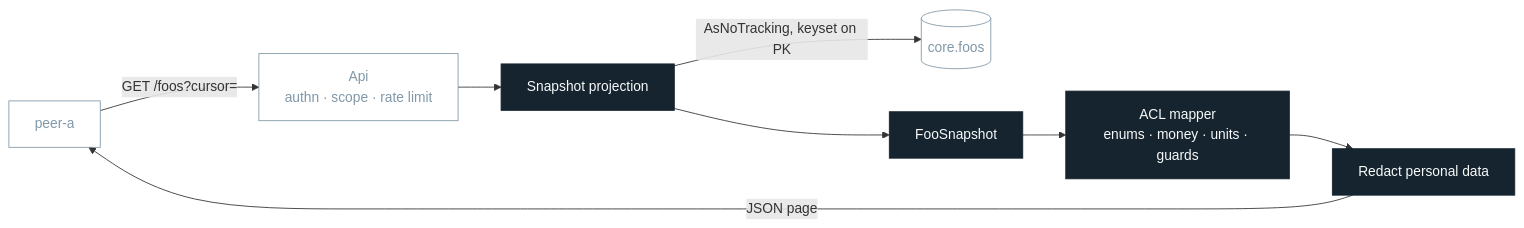
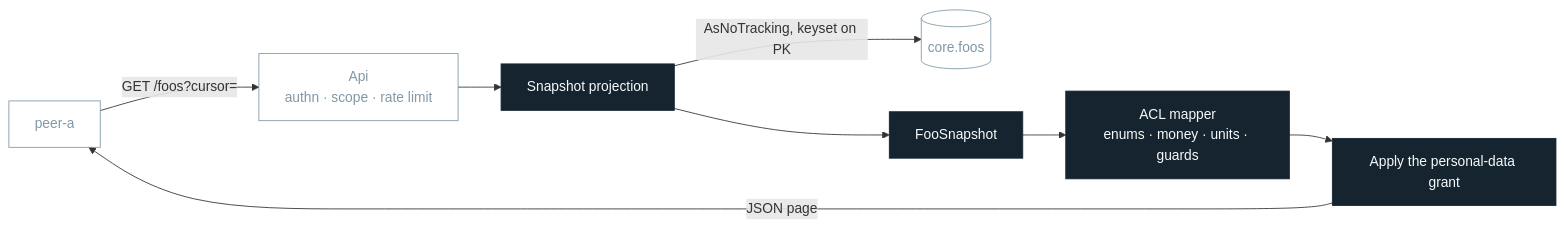
Before and after one commit to selikhovel/cross-system-sharing-concept: the first of 8 diagrams in STAGES_DECK.md, drawn with Mermaid. The commit also changed other lines of this file and 11 other files, not shown here.

````diff
--- a/STAGES_DECK.md
+++ b/STAGES_DECK.md
@@ -38,15 +38,15 @@
 ```mermaid
 flowchart LR
     peer["peer-a"] -->|"GET /foos?cursor="| api["Api<br/>authn · scope · rate limit"]
     api --> proj["Snapshot projection"]
     proj -->|"AsNoTracking, keyset on PK"| db[("core.foos")]
     proj --> snap["FooSnapshot"]
     snap --> acl["ACL mapper<br/>enums · money · units · guards"]
-    acl --> red["Redact personal data"]
+    acl --> red["Apply the personal-data grant"]
     red -->|"JSON page"| peer
 
     classDef new fill:#15242E,stroke:#15242E,color:#F7FAFB
     classDef prior fill:none,stroke:#8098A8,color:#8098A8
     class proj,snap,acl,red new
     class peer,api,db prior
 ```
````
